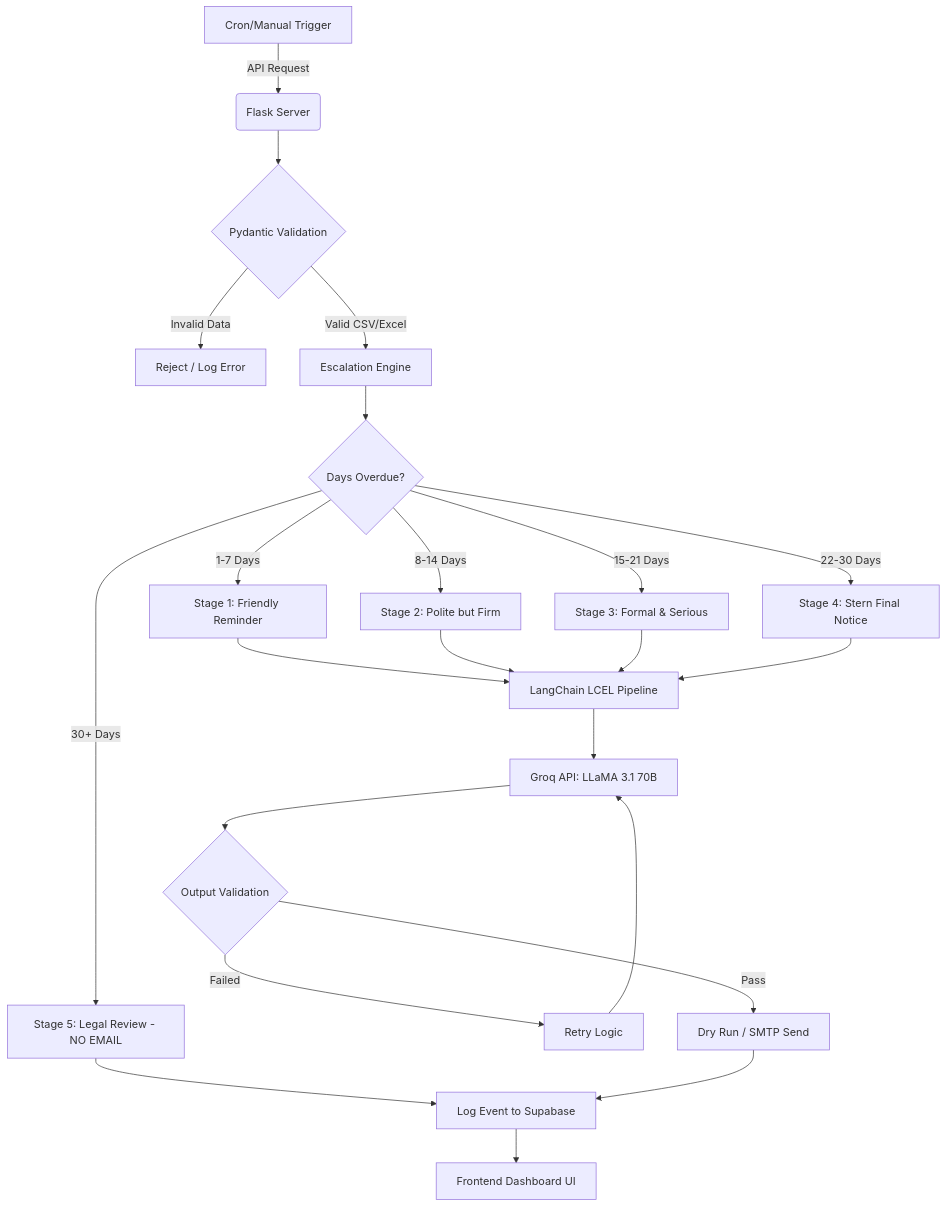
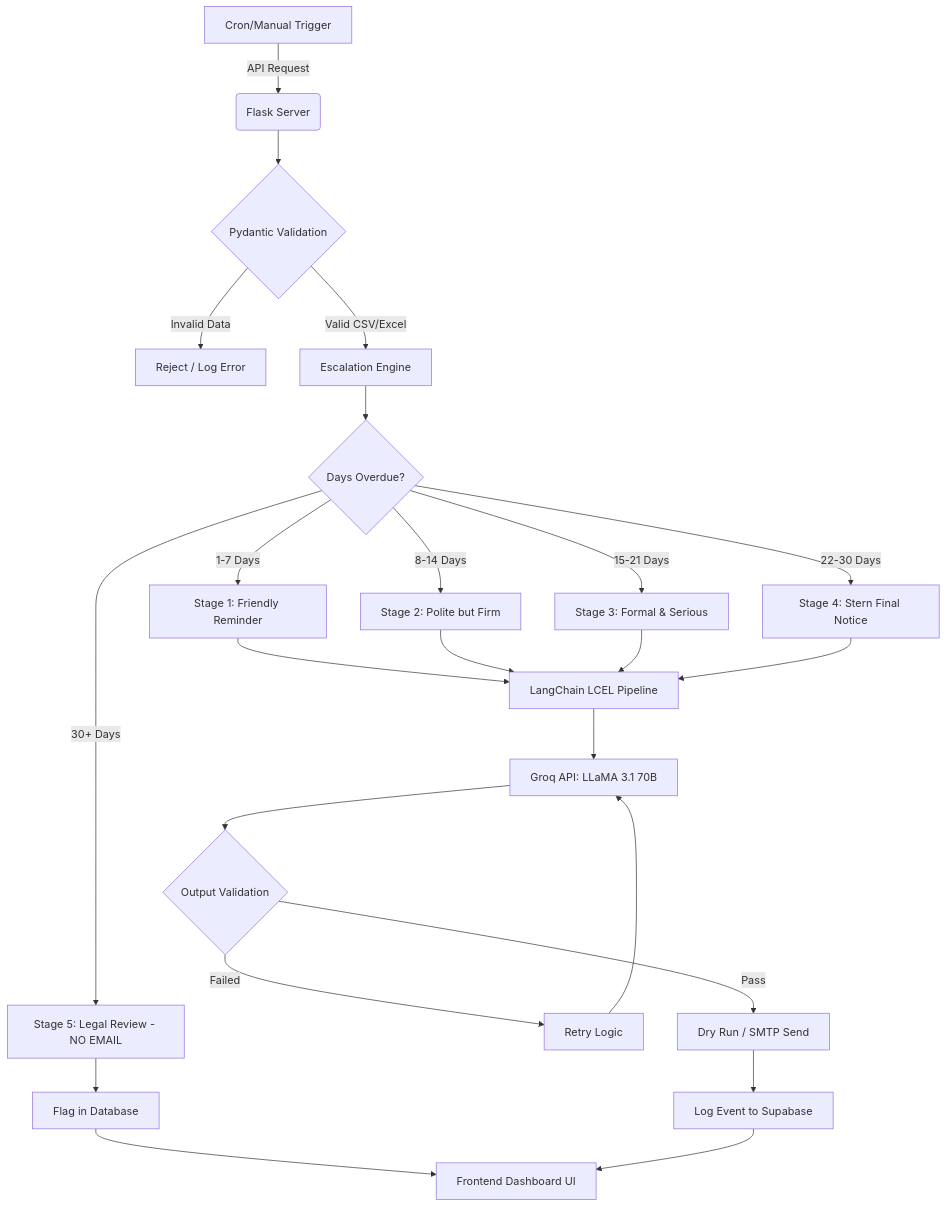
One commit to LuciferMorningStar2605/Knot---Finance-AI changed the diagram in README.md. Above: the diagram before and after it, drawn with Mermaid.

Commit message:
Fix syntax errors in Mermaid Agent Architecture Diagram in README.md

````diff
--- a/README.md
+++ b/README.md
@@ -37,26 +37,30 @@
 ```mermaid
 graph TD
     A[Cron/Manual Trigger] -->|API Request| B(Flask Server)
     B --> C{Pydantic Validation}
     C -->|Invalid Data| D[Reject / Log Error]
     C -->|Valid CSV/Excel| E[Escalation Engine]
     
     E --> F{Days Overdue?}
     F -->|1-7 Days| G1[Stage 1: Friendly Reminder]
     F -->|8-14 Days| G2[Stage 2: Polite but Firm]
     F -->|15-21 Days| G3[Stage 3: Formal & Serious]
     F -->|22-30 Days| G4[Stage 4: Stern Final Notice]
     F -->|30+ Days| G5[Stage 5: Legal Review - NO EMAIL]
     
-    G1 & G2 & G3 & G4 --> H[LangChain LCEL Pipeline]
+    G1 --> H[LangChain LCEL Pipeline]
+    G2 --> H
+    G3 --> H
+    G4 --> H
     H --> I[Groq API: LLaMA 3.1 70B]
     I --> J{Output Validation}
     
     J -->|Failed| K[Retry Logic]
     K --> I
     J -->|Pass| L[Dry Run / SMTP Send]
     
-    G5 --> M[Flag in Database]
-    L --> M[Log Event to Supabase]
-    M --> N[Frontend Dashboard UI]
+    G5 --> M1[Flag in Database]
+    L --> M2[Log Event to Supabase]
+    M1 --> N[Frontend Dashboard UI]
+    M2 --> N
 ```
````
